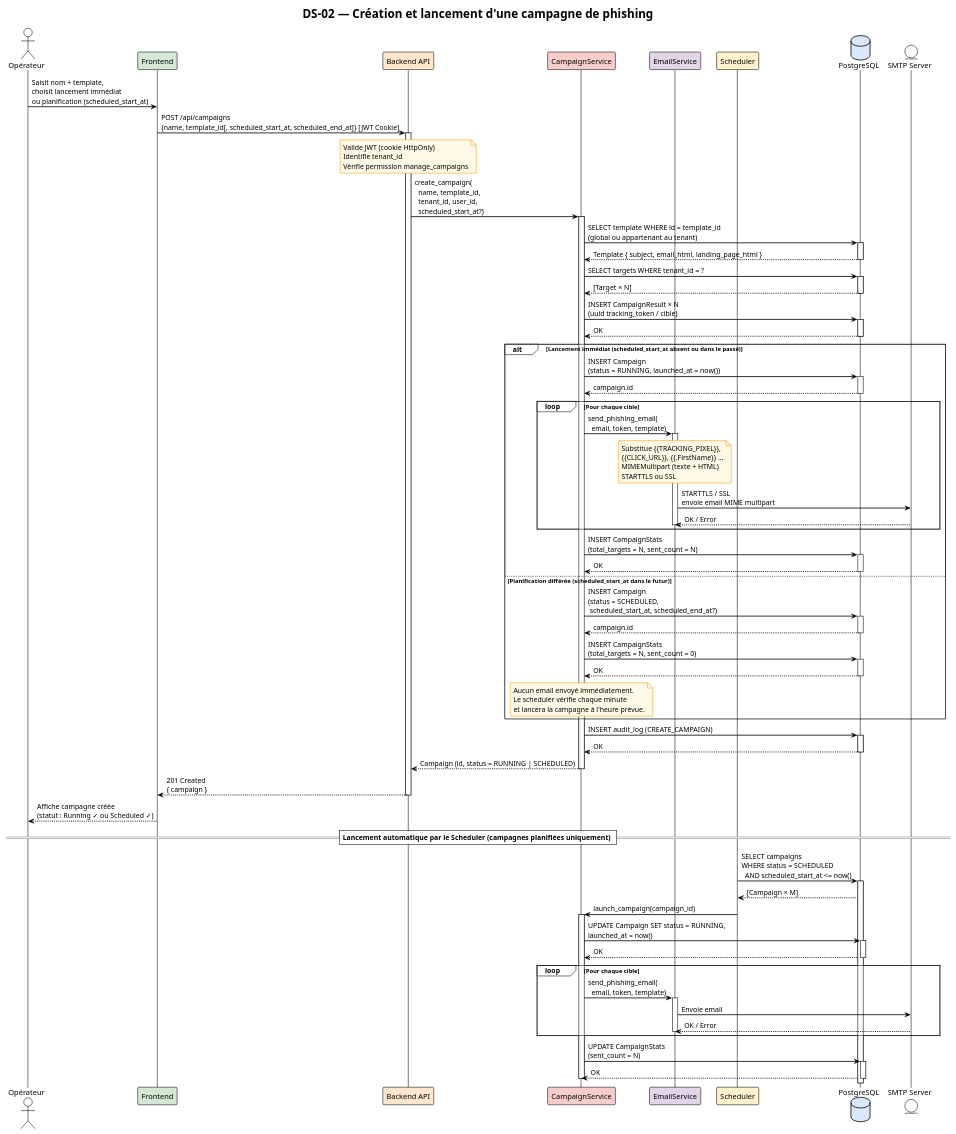
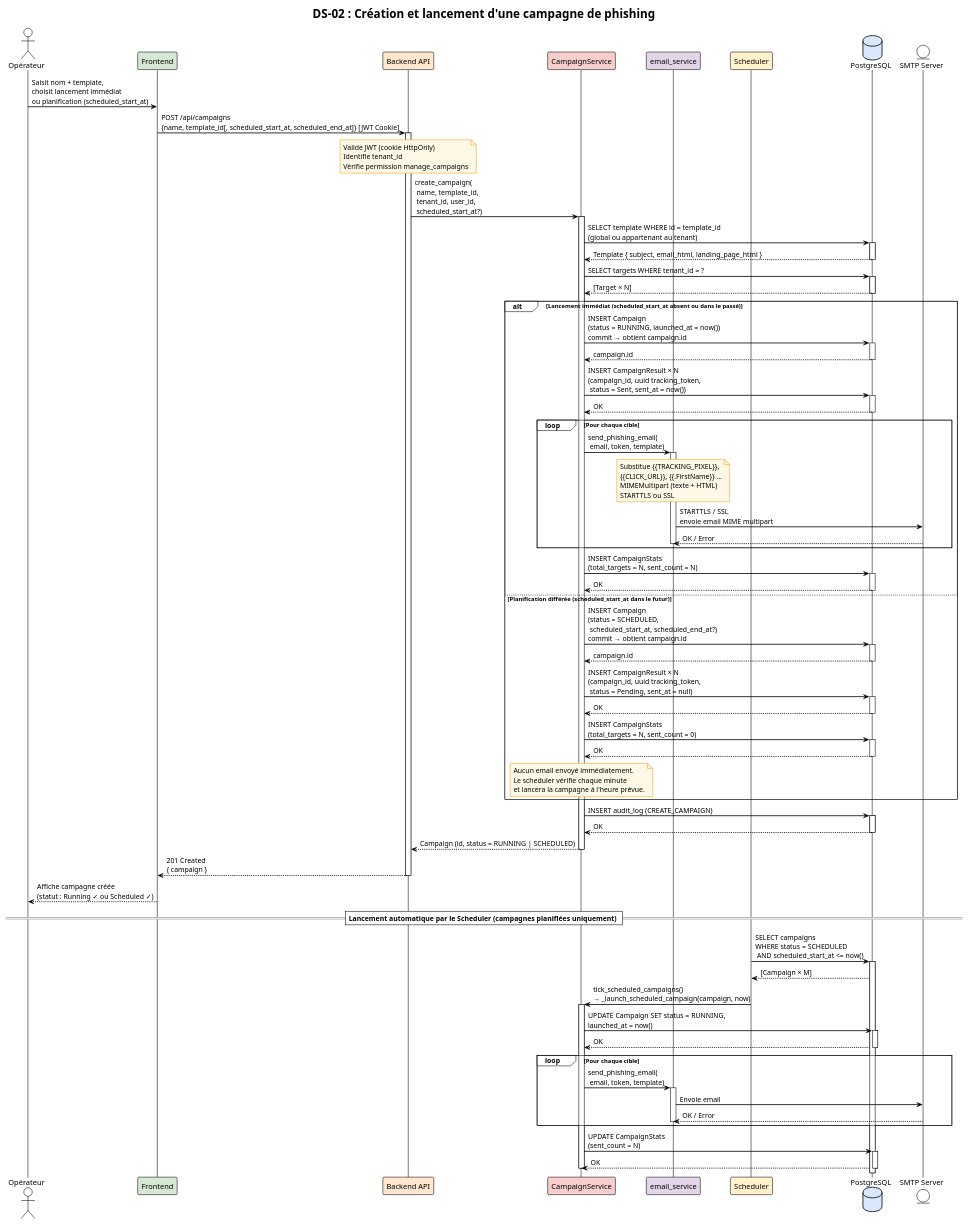
Before and after one commit to xDiogow/PhishNet: the diagram in docs/uml/seq-campaign.puml, drawn with PlantUML. The commit also changed 36 other files, not shown here.

First line of the commit message:
feat: Update UML diagrams and enhance frontend components

```diff
--- a/docs/uml/seq-campaign.puml
+++ b/docs/uml/seq-campaign.puml
@@ -1,133 +1,138 @@
 @startuml DS-02 Création de campagne
 !theme plain
 skinparam defaultFontName Arial
 skinparam sequenceArrowThickness 1.5
 skinparam noteBorderColor #f39c12
 skinparam noteBackgroundColor #FEF9E7
 
-title DS-02 — Création et lancement d'une campagne de phishing
+title DS-02 : Création et lancement d'une campagne de phishing
 
-actor       "Opérateur"         as OP
-participant "Frontend"          as FE #d5e8d4
-participant "Backend API"       as BE #ffe6cc
-participant "CampaignService"   as CS #f8cecc
-participant "EmailService"      as ES #e1d5e7
-participant "Scheduler"         as SC #fff2cc
-database    "PostgreSQL"        as DB #dae8fc
-entity      "SMTP Server"       as SMTP
+actor "Opérateur" as OP
+participant "Frontend" as FE #d5e8d4
+participant "Backend API" as BE #ffe6cc
+participant "CampaignService" as CS #f8cecc
+participant "email_service" as ES #e1d5e7
+participant "Scheduler" as SC #fff2cc
+database "PostgreSQL" as DB #dae8fc
+entity "SMTP Server" as SMTP
 
 OP -> FE : Saisit nom + template,\nchoisit lancement immédiat\nou planification (scheduled_start_at)
 
 FE -> BE : POST /api/campaigns\n{name, template_id[, scheduled_start_at, scheduled_end_at]} [JWT Cookie]
 activate BE
 
 note over BE : Valide JWT (cookie HttpOnly)\nIdentifie tenant_id\nVérifie permission manage_campaigns
 
-BE -> CS : create_campaign(\n  name, template_id,\n  tenant_id, user_id,\n  scheduled_start_at?)
+BE -> CS : create_campaign(\n name, template_id,\n tenant_id, user_id,\n scheduled_start_at?)
 activate CS
 
 CS -> DB : SELECT template WHERE id = template_id\n(global ou appartenant au tenant)
 activate DB
 DB --> CS : Template { subject, email_html, landing_page_html }
 deactivate DB
 
 CS -> DB : SELECT targets WHERE tenant_id = ?
 activate DB
 DB --> CS : [Target × N]
 deactivate DB
 
-CS -> DB : INSERT CampaignResult × N\n(uuid tracking_token / cible)
-activate DB
-DB --> CS : OK
-deactivate DB
-
 alt Lancement immédiat (scheduled_start_at absent ou dans le passé)
 
-  CS -> DB : INSERT Campaign\n(status = RUNNING, launched_at = now())
-  activate DB
-  DB --> CS : campaign.id
-  deactivate DB
+ CS -> DB : INSERT Campaign\n(status = RUNNING, launched_at = now())\ncommit → obtient campaign.id
+ activate DB
+ DB --> CS : campaign.id
+ deactivate DB
 
-  loop Pour chaque cible
-    CS -> ES : send_phishing_email(\n  email, token, template)
-    activate ES
-    note over ES
-      Substitue {{TRACKING_PIXEL}},
-      {{CLICK_URL}}, {{.FirstName}} …
-      MIMEMultipart (texte + HTML)
-      STARTTLS ou SSL
-    end note
-    ES -> SMTP : STARTTLS / SSL\nenvoie email MIME multipart
-    SMTP --> ES : OK / Error
-    deactivate ES
-  end
+ CS -> DB : INSERT CampaignResult × N\n(campaign_id, uuid tracking_token,\n status = Sent, sent_at = now())
+ activate DB
+ DB --> CS : OK
+ deactivate DB
 
-  CS -> DB : INSERT CampaignStats\n(total_targets = N, sent_count = N)
-  activate DB
-  DB --> CS : OK
-  deactivate DB
+ loop Pour chaque cible
+ CS -> ES : send_phishing_email(\n email, token, template)
+ activate ES
+ note over ES
+ Substitue {{TRACKING_PIXEL}},
+ {{CLICK_URL}}, {{.FirstName}} …
+ MIMEMultipart (texte + HTML)
+ STARTTLS ou SSL
+ end note
+ ES -> SMTP : STARTTLS / SSL\nenvoie email MIME multipart
+ SMTP --> ES : OK / Error
+ deactivate ES
+ end
+
+ CS -> DB : INSERT CampaignStats\n(total_targets = N, sent_count = N)
+ activate DB
+ DB --> CS : OK
+ deactivate DB
 
 else Planification différée (scheduled_start_at dans le futur)
 
-  CS -> DB : INSERT Campaign\n(status = SCHEDULED,\n scheduled_start_at, scheduled_end_at?)
-  activate DB
-  DB --> CS : campaign.id
-  deactivate DB
+ CS -> DB : INSERT Campaign\n(status = SCHEDULED,\n scheduled_start_at, scheduled_end_at?)\ncommit → obtient campaign.id
+ activate DB
+ DB --> CS : campaign.id
+ deactivate DB
 
-  CS -> DB : INSERT CampaignStats\n(total_targets = N, sent_count = 0)
-  activate DB
-  DB --> CS : OK
-  deactivate DB
+ CS -> DB : INSERT CampaignResult × N\n(campaign_id, uuid tracking_token,\n status = Pending, sent_at = null)
+ activate DB
+ DB --> CS : OK
+ deactivate DB
 
-  note over CS
-    Aucun email envoyé immédiatement.
-    Le scheduler vérifie chaque minute
-    et lancera la campagne à l'heure prévue.
-  end note
+ CS -> DB : INSERT CampaignStats\n(total_targets = N, sent_count = 0)
+ activate DB
+ DB --> CS : OK
+ deactivate DB
+
+ note over CS
+ Aucun email envoyé immédiatement.
+ Le scheduler vérifie chaque minute
+ et lancera la campagne à l'heure prévue.
+ end note
 
 end
 
 CS -> DB : INSERT audit_log (CREATE_CAMPAIGN)
 activate DB
 DB --> CS : OK
 deactivate DB
 
 CS --> BE : Campaign (id, status = RUNNING | SCHEDULED)
 deactivate CS
 
 BE --> FE : 201 Created\n{ campaign }
 deactivate BE
 
 FE --> OP : Affiche campagne créée\n(statut : Running ✓ ou Scheduled ✓)
 
 == Lancement automatique par le Scheduler (campagnes planifiées uniquement) ==
 
-SC -> DB : SELECT campaigns\nWHERE status = SCHEDULED\n  AND scheduled_start_at <= now()
+SC -> DB : SELECT campaigns\nWHERE status = SCHEDULED\n AND scheduled_start_at <= now()
 activate DB
 DB --> SC : [Campaign × M]
 deactivate SC
 
-SC -> CS : launch_campaign(campaign_id)
+SC -> CS : tick_scheduled_campaigns()\n→ _launch_scheduled_campaign(campaign, now)
 activate CS
 
 CS -> DB : UPDATE Campaign SET status = RUNNING,\nlaunched_at = now()
 activate DB
 DB --> CS : OK
 deactivate DB
 
 loop Pour chaque cible
-  CS -> ES : send_phishing_email(\n  email, token, template)
-  activate ES
-  ES -> SMTP : Envoie email
-  SMTP --> ES : OK / Error
-  deactivate ES
+ CS -> ES : send_phishing_email(\n email, token, template)
+ activate ES
+ ES -> SMTP : Envoie email
+ SMTP --> ES : OK / Error
+ deactivate ES
 end
 
 CS -> DB : UPDATE CampaignStats\n(sent_count = N)
 activate DB
 DB --> CS : OK
 deactivate DB
 
 deactivate CS
 
 @enduml
```
